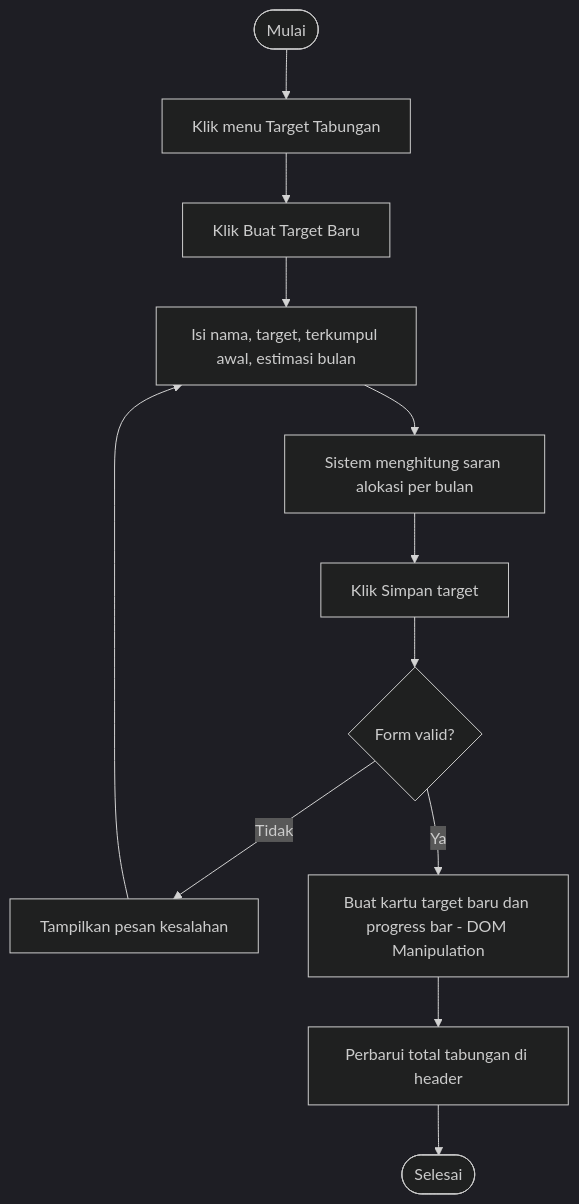
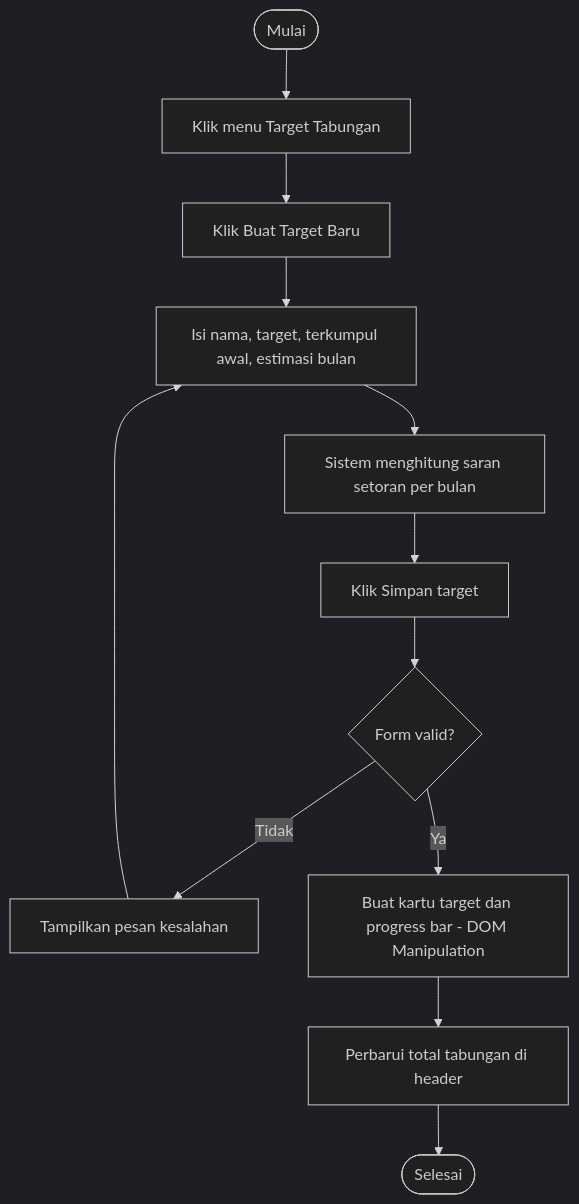
Before and after one commit to firdaushidayat015-beep/Dompetku: the tenth of 12 diagrams in dompetku/docs/SRS.md, drawn with Mermaid (dark theme). The commit also changed other lines of this file, not shown here.

````diff
--- a/dompetku/docs/SRS.md
+++ b/dompetku/docs/SRS.md
@@ -86,14 +467,14 @@
 ```mermaid
 flowchart TD
   S([Mulai]) --> A[Klik menu Target Tabungan]
   A --> B[Klik Buat Target Baru]
   B --> C[Isi nama, target, terkumpul awal, estimasi bulan]
-  C --> D[Sistem menghitung saran alokasi per bulan]
+  C --> D[Sistem menghitung saran setoran per bulan]
   D --> E[Klik Simpan target]
   E --> F{Form valid?}
   F -- Tidak --> G[Tampilkan pesan kesalahan]
   G --> C
-  F -- Ya --> H[Buat kartu target baru dan progress bar - DOM Manipulation]
+  F -- Ya --> H[Buat kartu target dan progress bar - DOM Manipulation]
   H --> I[Perbarui total tabungan di header]
   I --> X([Selesai])
 ```
````
